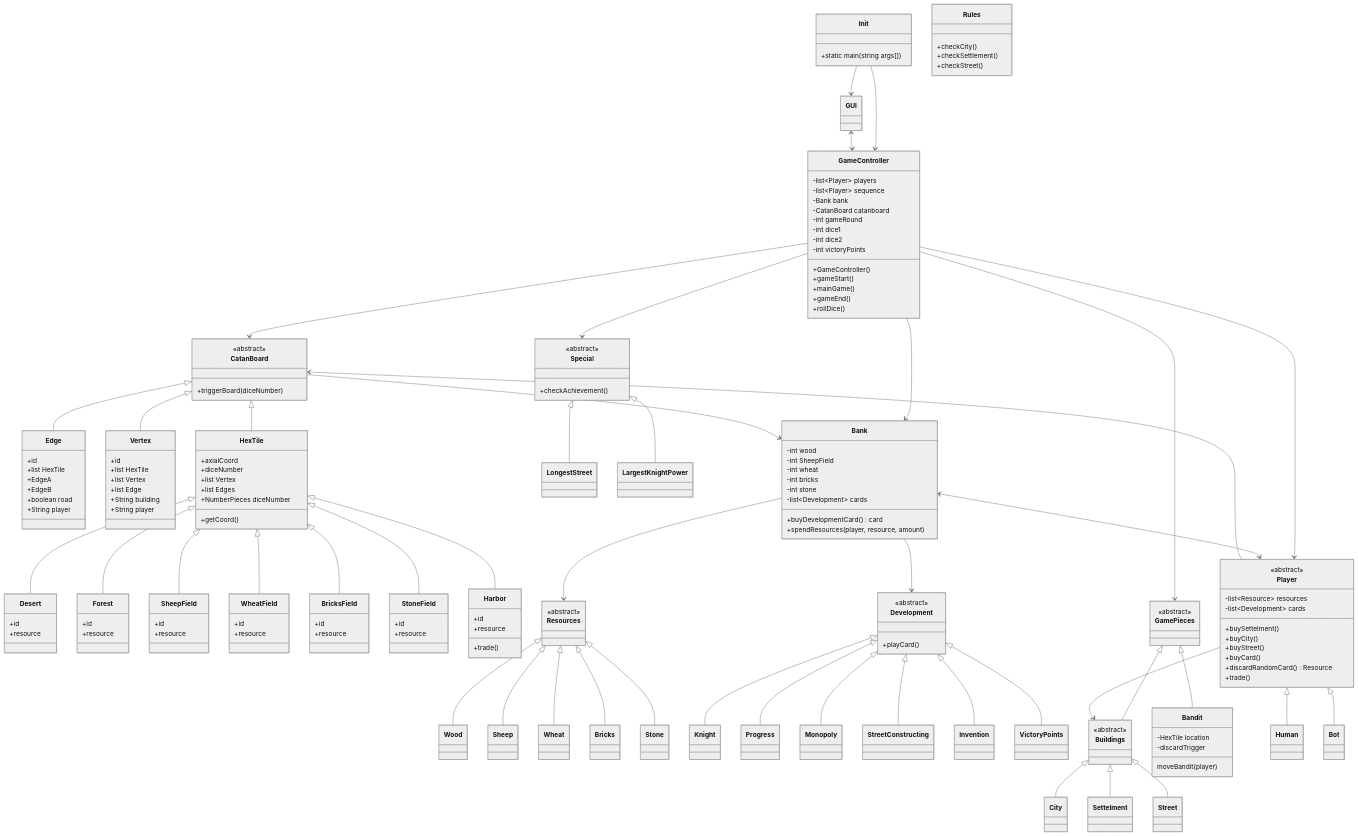
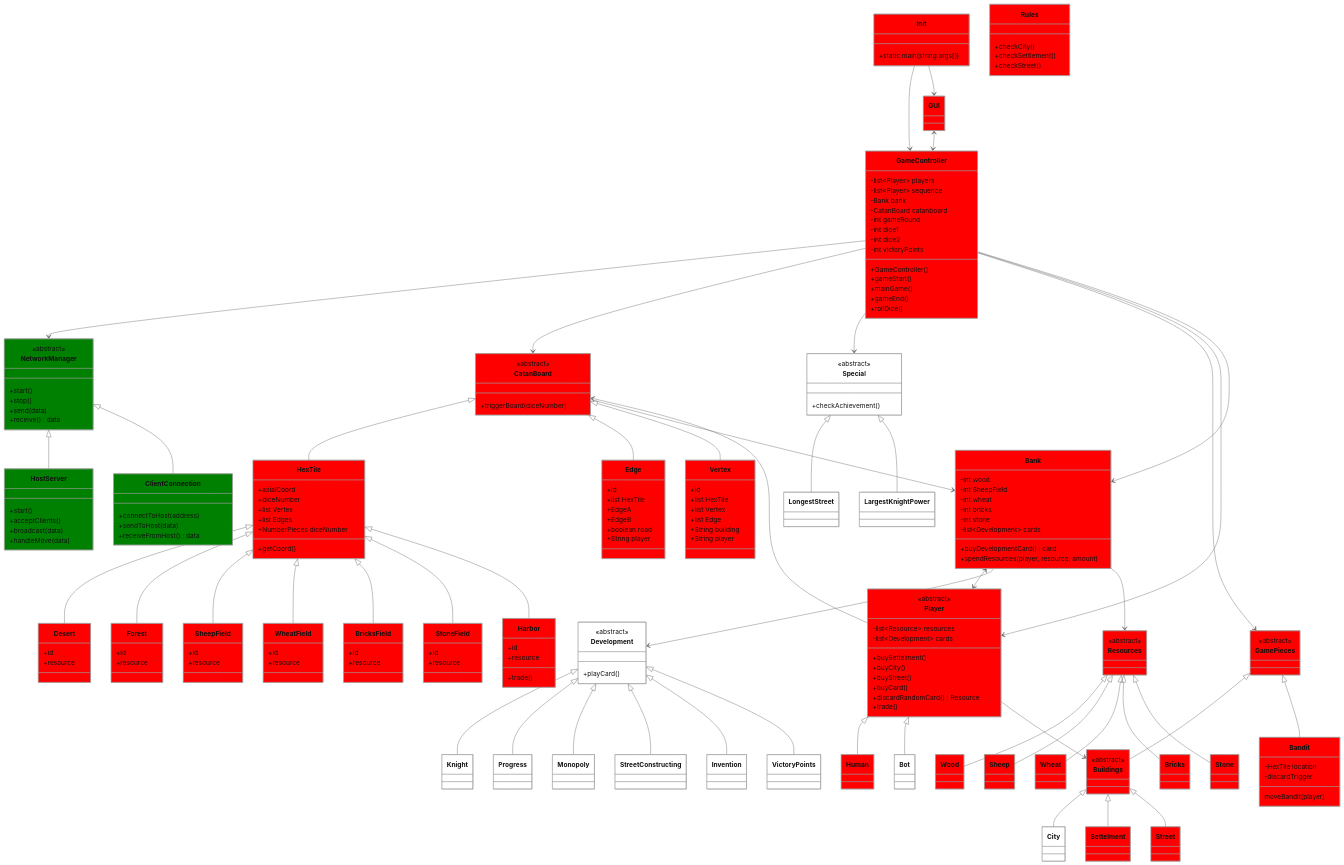
One commit to Wes1101/ExceptionFromCatan changed the diagram in docs/ProjectStructure/classChart.md. Above: the diagram before and after it, drawn with Mermaid (neutral theme).

Commit message:
updated classChart colors for priority: red = must have green = planned grey = nice to have

````diff
--- a/docs/ProjectStructure/classChart.md
+++ b/docs/ProjectStructure/classChart.md
@@ -1,13 +1,14 @@
 ```mermaid
 classDiagram
-    %% === Benutzer & Rollen === 
+
+%% === Benutzer & Rollen ===
 
     class Init {
         +static main(string args[])
-    }   
-    
+    }
+
     class GUI {
-        
+
     }
 
     class GameController {
@@ -34,9 +35,9 @@
     }
 
     class CatanBoard {
-       <<abstract>>
+        <<abstract>>
 
-       +triggerBoard(diceNumber)
+        +triggerBoard(diceNumber)
     }
 
     class Edge {
@@ -96,11 +97,11 @@
         +id
         +resource
     }
-    
+
     class Harbor {
         +id
         +resource
-        
+
         +trade()
     }
 
@@ -113,90 +114,90 @@
     }
 
     class Sheep {
-        
+
     }
 
     class Wheat {
-        
+
     }
 
     class Bricks {
-        
+
     }
-    
+
     class Stone {
-        
+
     }
 
     class Development {
         <<abstract>>
         +playCard()
     }
-    
+
     class Knight {
-        
+
     }
-    
+
     class Progress {
-   
+
     }
-    
+
     class Monopoly {
-   
+
     }
-    
+
     class StreetConstructing {
-   
+
     }
-    
+
     class Invention {
-   
+
     }
-    
+
     class VictoryPoints {
-     
+
     }
-    
+
     class Special {
         <<abstract>>
         +checkAchievement()
     }
-    
+
     class LongestStreet {
-   
+
     }
-    
+
     class LargestKnightPower {
-   
+
     }
-    
+
     class GamePieces {
         <<abstract>>
     }
-    
+
     class Buildings {
         <<abstract>>
     }
-    
+
     class City {
-   
+
     }
-    
+
     class Settelment {
-   
+
     }
-    
+
     class Street {
-   
+
     }
-    
+
     class Bandit {
         -HexTile location
         -discardTrigger
 
         moveBandit(player)
     }
-    
+
     class Player {
         <<abstract>>
         -list~Resource~ resources
@@ -209,15 +210,15 @@
         +discardRandomCard() Resource
         +trade()
     }
-    
+
     class Human {
-   
+
     }
-    
+
     class Bot {
-   
+
     }
-    
+
     class Bank {
         -int wood
         -int SheepField
@@ -225,14 +226,40 @@
         -int bricks
         -int stone
         -list~Development~ cards
-        
+
         +buyDevelopmentCard() card
         +spendResources(player, resource, amount)
     }
 
-    %% Relationshis
-    
-    %% Inheritance
+    class NetworkManager {
+        <<abstract>>
+        +start()
+        +stop()
+        +send(data)
+        +receive() data
+    }
+
+    class HostServer {
+        +start()
+        +acceptClients()
+        +broadcast(data)
+        +handleMove(data)
+    }
+
+    class ClientConnection {
+        +connectToHost(address)
+        +sendToHost(data)
+        +receiveFromHost() data
+    }
+
+    GameController --> NetworkManager
+    NetworkManager <|-- HostServer
+    NetworkManager <|-- ClientConnection
+
+
+%% Relationshis
+
+%% Inheritance
     HexTile <|-- Desert
     HexTile <|-- Forest
     HexTile <|-- SheepField
@@ -240,56 +267,102 @@
     HexTile <|-- BricksField
     HexTile <|-- StoneField
     HexTile <|-- Harbor
-    
+
     CatanBoard <|-- HexTile
     CatanBoard <|-- Edge
     CatanBoard <|-- Vertex
-    
+
     Player <|-- Human
     Player <|-- Bot
-    
+
     GamePieces <|-- Buildings
     GamePieces <|-- Bandit
-    
+
     Buildings <|-- City
     Buildings <|-- Settelment
     Buildings <|-- Street
-    
+
     Special <|-- LongestStreet
     Special <|-- LargestKnightPower
-    
+
     Resources <|-- Wood
     Resources <|-- Sheep
     Resources <|-- Wheat
     Resources <|-- Bricks
     Resources <|-- Stone
-    
+
     Development <|-- Knight
     Development <|-- Progress
     Development <|-- Monopoly
     Development <|-- StreetConstructing
     Development <|-- Invention
     Development <|-- VictoryPoints
-    
-    %% Association
+
+%% Association
     Init --> GameController
     Init --> GUI
-    
+
     GUI <--> GameController
-    
+
     GameController --> CatanBoard
     GameController --> Special
     GameController --> GamePieces
     GameController --> Player
     GameController --> Bank
-    
+
     CatanBoard --> Bank
-    
+
     Bank <--> Player
     Bank --> Development
     Bank --> Resources
-    
+
     Player --> Buildings
     Player --> CatanBoard
-    
+
+%%Priority
+    style Init fill: red
+    style GUI fill: red
+    style GameController fill: red
+    style Rules fill: red
+    style CatanBoard fill: red
+    style Edge fill: red
+    style Vertex fill: red
+    style HexTile fill: red
+    style Desert fill: red
+    style Forest fill: red
+    style SheepField fill: red
+    style WheatField fill: red
+    style BricksField fill: red
+    style StoneField fill: red
+    style Harbor fill: red
+    style Resources fill: red
+    style Wood fill: red
+    style Sheep fill: red
+    style Wheat fill: red
+    style Bricks fill: red
+    style Stone fill: red
+    style Development fill: none
+    style Knight fill: none
+    style Progress fill: none
+    style Monopoly fill: none
+    style StreetConstructing fill: none
+    style Invention fill: none
+    style VictoryPoints fill: none
+    style Special fill: none
+    style LongestStreet fill: none
+    style LargestKnightPower fill: none
+    style GamePieces fill: red
+    style Buildings fill: red
+    style City fill: none
+    style Settelment fill: red
+    style Street fill: red
+    style Bandit fill: red
+    style Player fill: red
+    style Human fill: red
+    style Bot fill: none
+    style Bank fill: red
+    style NetworkManager fill: green
+    style HostServer fill: green
+    style ClientConnection fill: green
+
 ```
````
